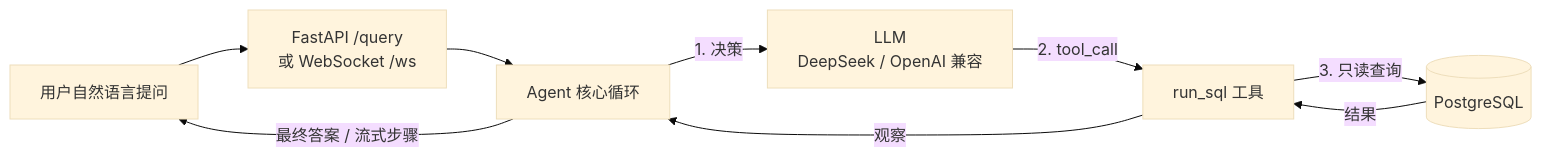
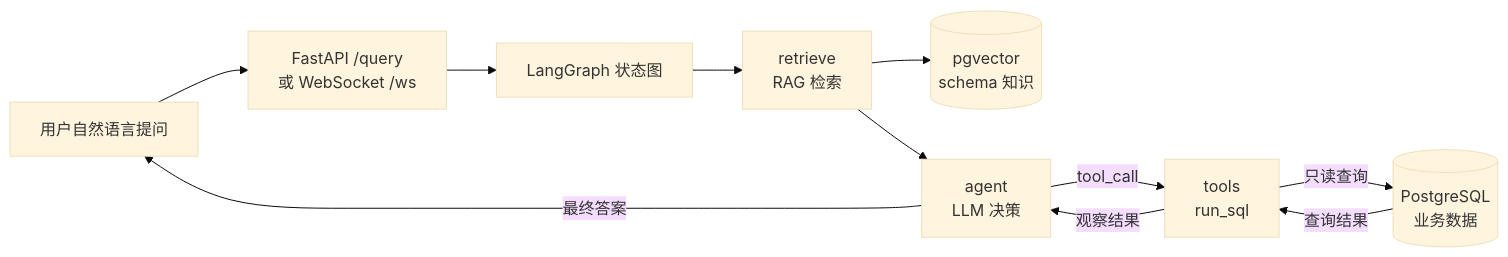
Before and after one commit to tellmehonestly1/SQL-Agent: the diagram in README.md, drawn with Mermaid (base theme). The commit also changed other lines of this file, not shown here.

Commit message:
v2.0：LangChain/LangGraph 重写 Agent + RAG(pgvector)

````diff
--- a/README.md
+++ b/README.md
@@ -24,11 +22,13 @@
 ```mermaid
 flowchart LR
     U[用户自然语言提问] --> API[FastAPI /query<br/>或 WebSocket /ws]
-    API --> A[Agent 核心循环]
-    A -->|1. 决策| L[LLM<br/>DeepSeek / OpenAI 兼容]
-    L -->|2. tool_call| T[run_sql 工具]
-    T -->|3. 只读查询| D[(PostgreSQL)]
-    D -->|结果| T
-    T -->|观察| A
-    A -->|最终答案 / 流式步骤| U
+    API --> G[LangGraph 状态图]
+    G --> R[retrieve<br/>RAG 检索]
+    R --> V[(pgvector<br/>schema 知识)]
+    R --> A[agent<br/>LLM 决策]
+    A -->|tool_call| T[tools<br/>run_sql]
+    T -->|只读查询| D[(PostgreSQL<br/>业务数据)]
+    D -->|查询结果| T
+    T -->|观察结果| A
+    A -->|最终答案| U
 ```
````
